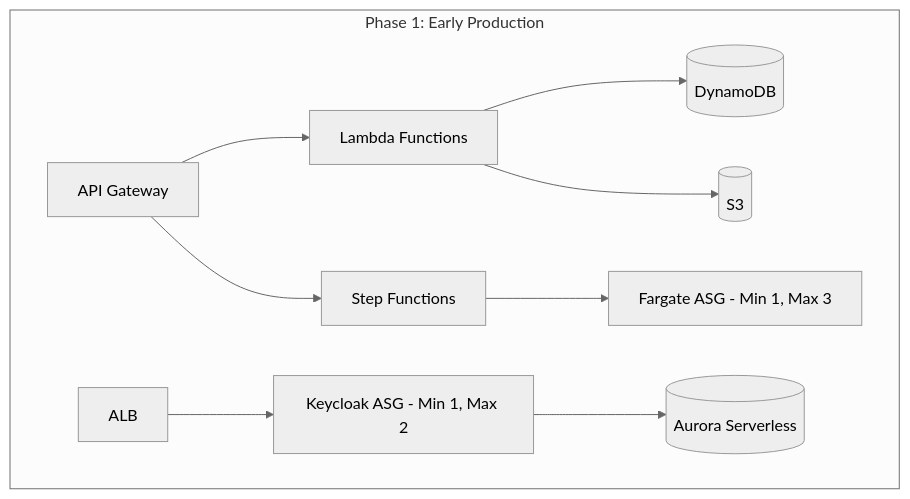
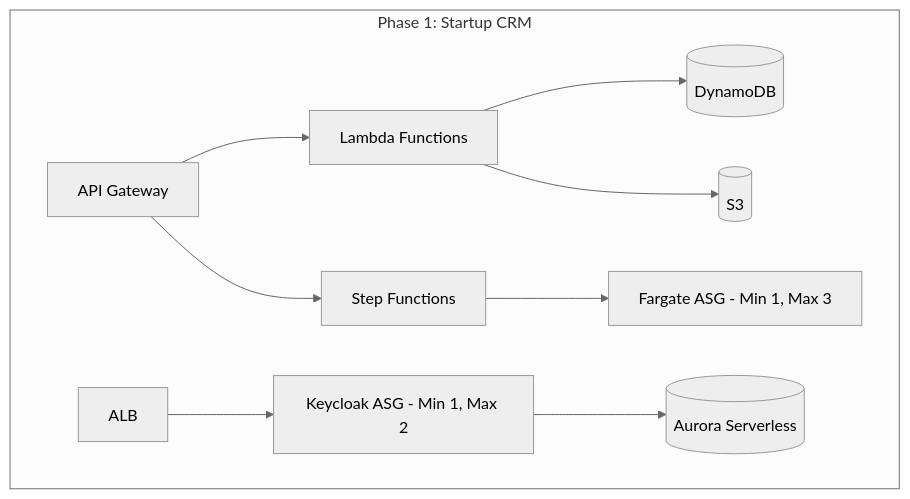
The fourth of 12 diagrams in architecture/scaling.md (philkunz/fargate), drawn with Mermaid (neutral theme) before and after one commit. The commit also changed other lines of this file and 11 other files, not shown here.

Commit message:
feat(documentation): Revamp Zebros CRM serverless architecture documentation with updated diagrams, expanded API, authentication, long-running tasks, data storage, and scaling details

````diff
--- a/architecture/scaling.md
+++ b/architecture/scaling.md
@@ -53,12 +84,12 @@
 ```mermaid
 flowchart TB
-    subgraph "Phase 1: Early Production"
+    subgraph "Phase 1: Startup CRM"
         API[API Gateway] --> Lambda[Lambda Functions]
         API --> StepF[Step Functions]
         Lambda --> DynamoDB[(DynamoDB)]
         Lambda --> S3[(S3)]
         StepF --> FargateASG[Fargate ASG - Min 1, Max 3]
         AuthLB[ALB] --> KeycloakASG[Keycloak ASG - Min 1, Max 2]
         KeycloakASG --> Aurora[(Aurora Serverless)]
     end
 ```
````
